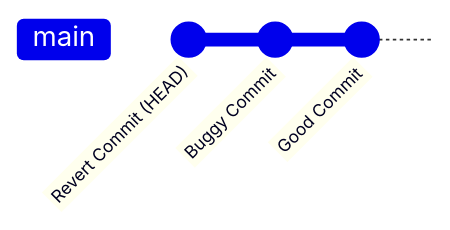
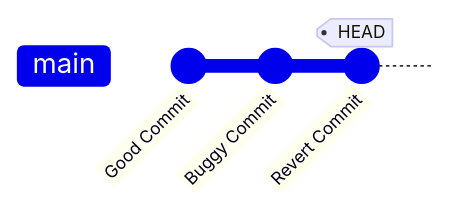
Before and after one commit to Yoad-Duani/personal_notes: the seventh of 7 diagrams in docs/git/understanding-undo-time-traveling.md, drawn with Mermaid. The commit also changed other lines of this file and 4 other files, not shown here.

````diff
--- a/docs/git/understanding-undo-time-traveling.md
+++ b/docs/git/understanding-undo-time-traveling.md
@@ -209,6 +217,7 @@
 ```mermaid
 gitGraph
-    commit id: "Revert Commit (HEAD)"
+    commit id: "Good Commit"
     commit id: "Buggy Commit"
-    commit id: "Good Commit"
+    commit id: "Revert Commit" tag: "HEAD"
+
 ```
````
